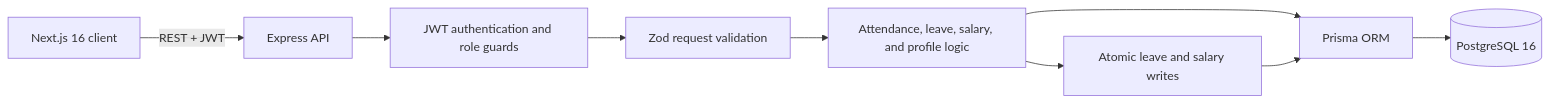
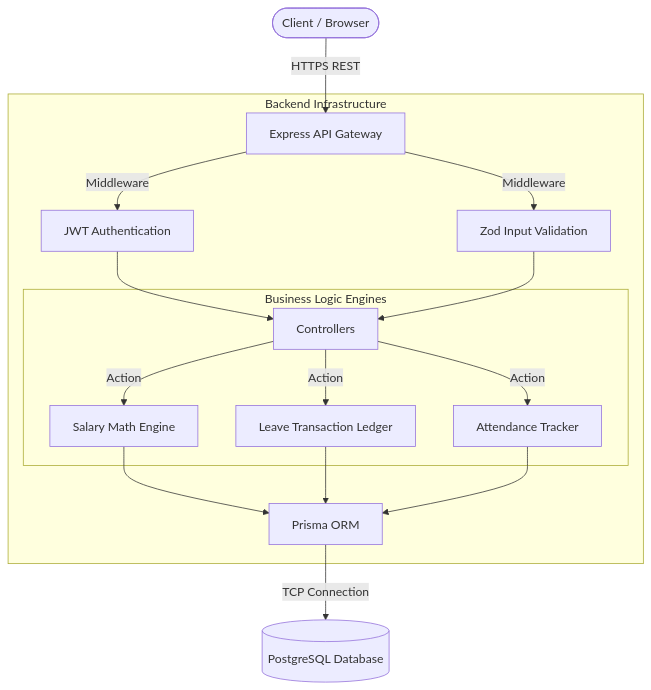
The diagram in README.md (praju455/odoo-hackathon---Dayflow), drawn with Mermaid before and after one commit. The commit also changed other lines of this file, not shown here.

````diff
--- a/README.md
+++ b/README.md
@@ -37,12 +42,24 @@
 ```mermaid
-flowchart LR
-    Browser[Next.js 16 client] -->|REST + JWT| API[Express API]
-    API --> Guard[JWT authentication and role guards]
-    Guard --> Validation[Zod request validation]
-    Validation --> Services[Attendance, leave, salary, and profile logic]
-    Services --> Prisma[Prisma ORM]
-    Prisma --> DB[(PostgreSQL 16)]
-
-    Services --> Transactions[Atomic leave and salary writes]
-    Transactions --> Prisma
+graph TD
+    Client([Client / Browser]) -->|HTTPS REST| API[Express API Gateway]
+    
+    subgraph Backend Infrastructure
+        API -->|Middleware| Auth[JWT Authentication]
+        API -->|Middleware| Validator[Zod Input Validation]
+        
+        Auth --> Controllers
+        Validator --> Controllers
+        
+        subgraph Business Logic Engines
+            Controllers -->|Action| SalaryEngine[Salary Math Engine]
+            Controllers -->|Action| LeaveLedger[Leave Transaction Ledger]
+            Controllers -->|Action| AttendanceTracker[Attendance Tracker]
+        end
+        
+        SalaryEngine --> ORM[Prisma ORM]
+        LeaveLedger --> ORM
+        AttendanceTracker --> ORM
+    end
+    
+    ORM -->|TCP Connection| DB[(PostgreSQL Database)]
 ```
````
